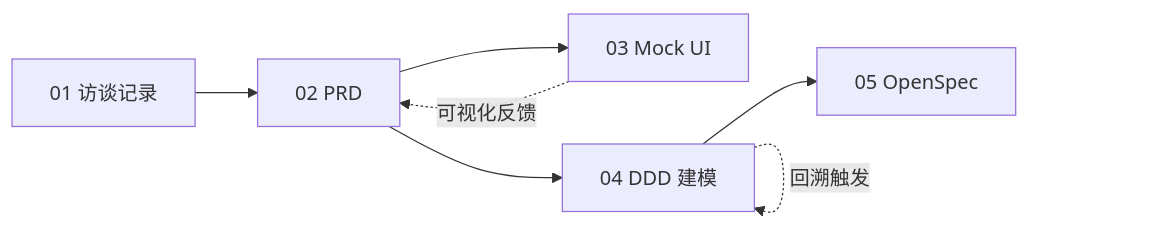
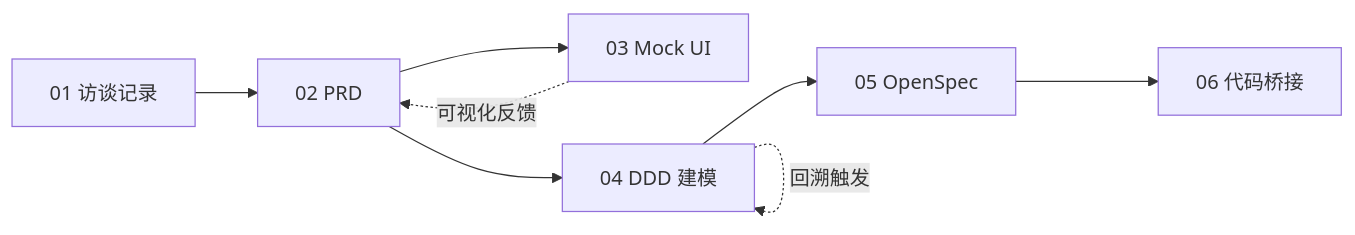
One commit to ForceInjection/ai-native-devops changed the diagram in cloudpilot-case/README.md. Above: the diagram before and after it, drawn with Mermaid. The commit also changed other lines of this file and 2 other files, not shown here.

Commit message:
docs: add CloudPilot P5 code bridge document and demo presenter guide
- Add 05-p5-code-bridge.md: reference architecture mapping specs to
  monorepo code structure, contract package design, Scenario→test
  mapping, and Mock→Real Provisioner switch point
- Update cloudpilot-case/README.md: add P5 to reading order and
  Mermaid flow diagram
- Update CLAUDE.md: add P5 bridge doc to document map
- Add .claude/skills/cloudpilot-demo/references/presenter-guide.md:
  10-minute demo script, phase-by-phase talking points, common Q&A,
  and fallback strategies
- Update /cloudpilot-demo skill: add Phase 6 (AI generates
  05-code-structure.md with comparison to reference architecture),
  enhance description keywords, fix directory structure

````diff
--- a/cloudpilot-case/README.md
+++ b/cloudpilot-case/README.md
@@ -17,9 +18,10 @@
 ```mermaid
 graph LR
     A[01 访谈记录] --> B[02 PRD]
     B --> C[03 Mock UI]
     B --> D[04 DDD 建模]
     D --> E[05 OpenSpec]
+    E --> F[06 代码桥接]
     C -.可视化反馈.-> B
     D -.回溯触发.-> D
 ```
````
